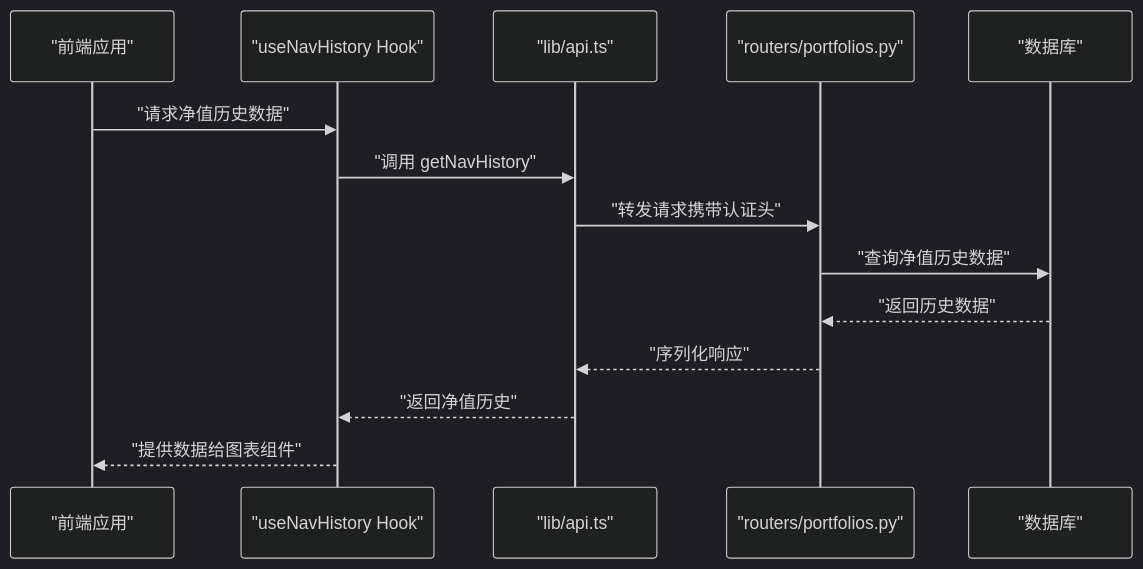
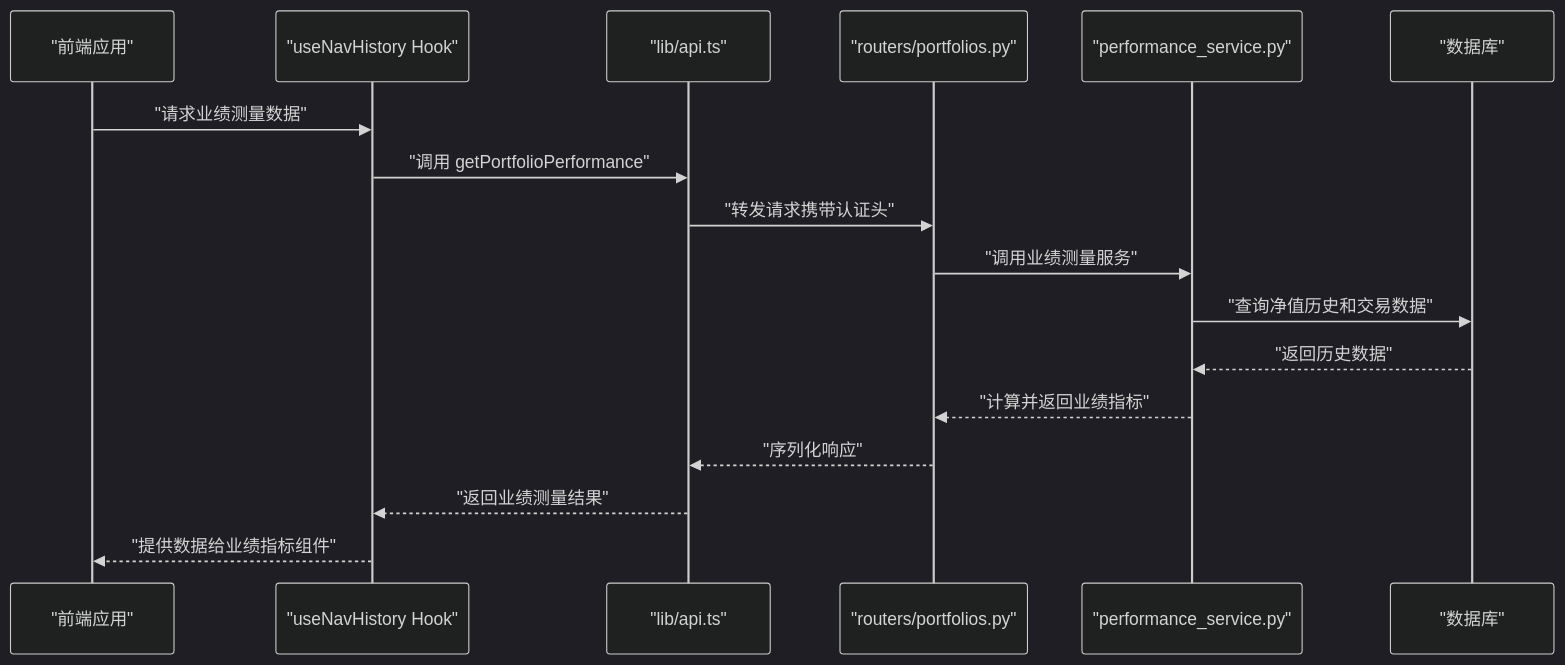
One commit to gujialind/InvestRing changed the second of 11 diagrams in .qoder/repowiki/zh/content/核心业务功能/投资组合管理.md. Above: the diagram before and after it, drawn with Mermaid (dark theme). The commit also changed other lines of this file and 4 other files, not shown here.

````diff
--- a/.qoder/repowiki/zh/content/核心业务功能/投资组合管理.md
+++ b/.qoder/repowiki/zh/content/核心业务功能/投资组合管理.md
@@ -124,16 +134,19 @@
 ```mermaid
 sequenceDiagram
 participant FE as "前端应用"
 participant Hooks as "useNavHistory Hook"
 participant API as "lib/api.ts"
 participant Router as "routers/portfolios.py"
+participant PerfService as "performance_service.py"
 participant DB as "数据库"
-FE->>Hooks : "请求净值历史数据"
-Hooks->>API : "调用 getNavHistory"
+FE->>Hooks : "请求业绩测量数据"
+Hooks->>API : "调用 getPortfolioPerformance"
 API->>Router : "转发请求携带认证头"
-Router->>DB : "查询净值历史数据"
-DB-->>Router : "返回历史数据"
+Router->>PerfService : "调用业绩测量服务"
+PerfService->>DB : "查询净值历史和交易数据"
+DB-->>PerfService : "返回历史数据"
+PerfService-->>Router : "计算并返回业绩指标"
 Router-->>API : "序列化响应"
-API-->>Hooks : "返回净值历史"
-Hooks-->>FE : "提供数据给图表组件"
+API-->>Hooks : "返回业绩测量结果"
+Hooks-->>FE : "提供数据给业绩指标组件"
 ```
````
